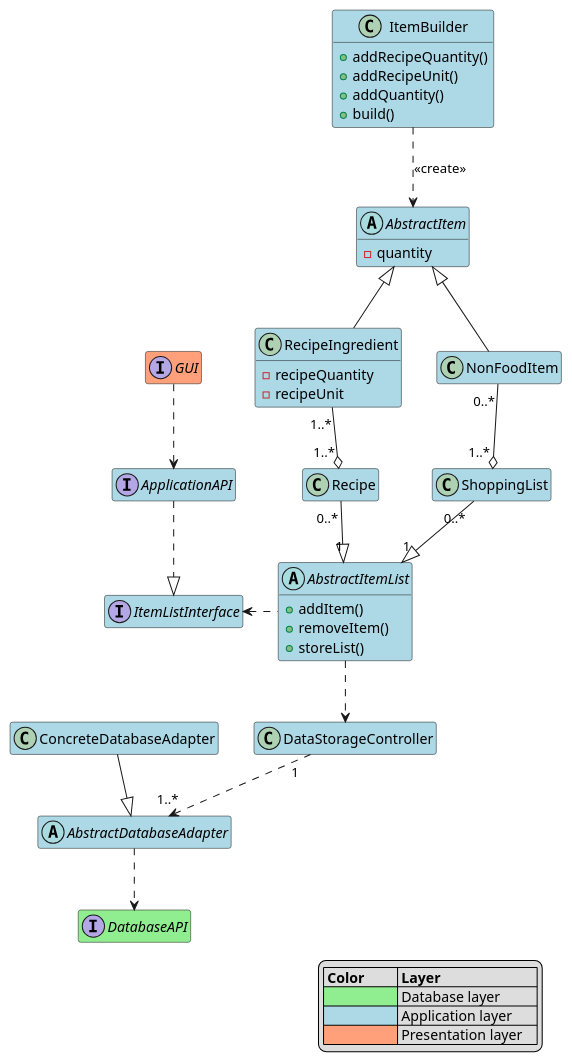
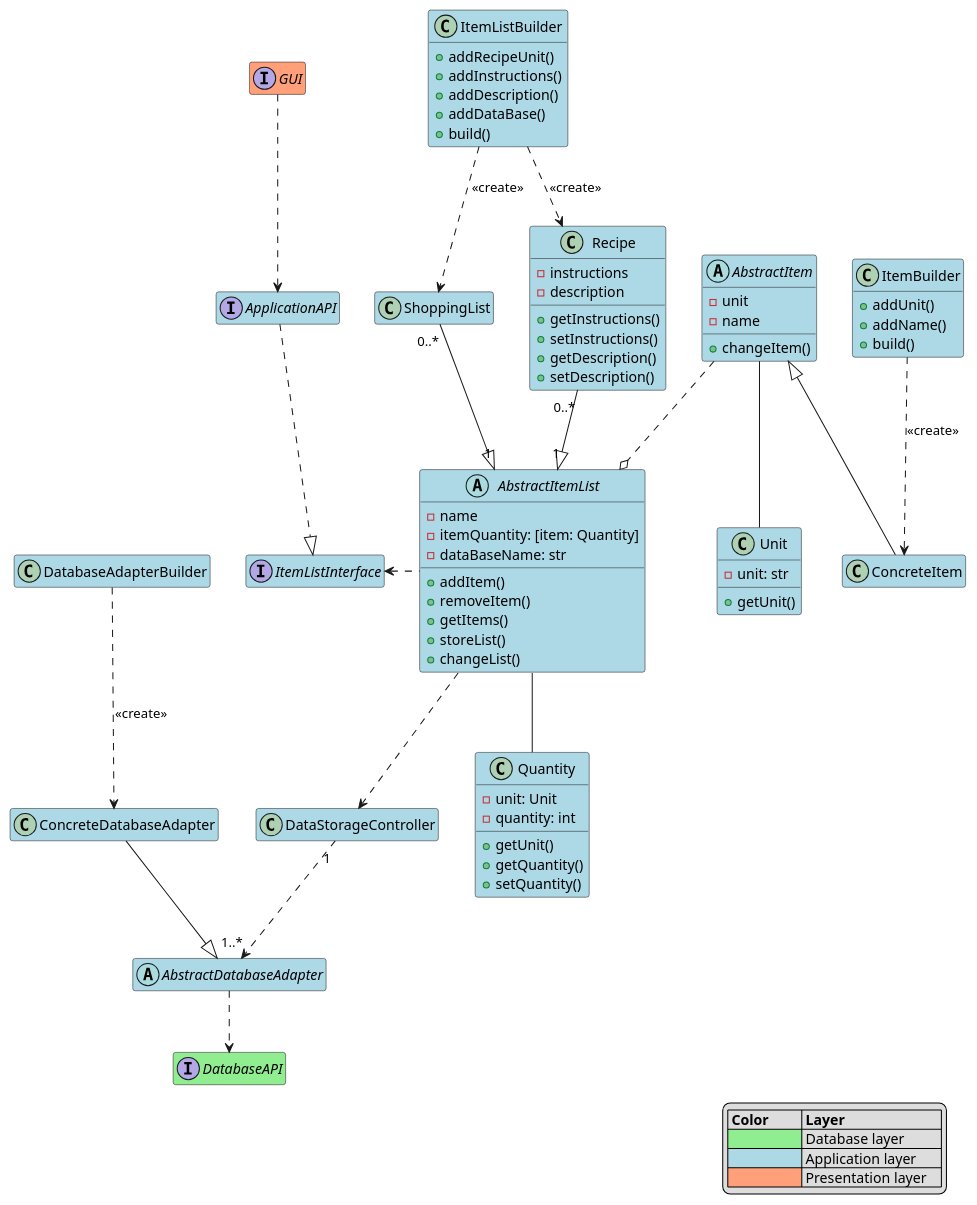
Before and after one commit to Uhgtred/Recipe_Shopping_List: the diagram in Architecture/BlackBoxViewApplication.puml, drawn with PlantUML.

```diff
--- a/Architecture/BlackBoxViewApplication.puml
+++ b/Architecture/BlackBoxViewApplication.puml
@@ -1,69 +1,104 @@
 @startuml
 hide empty members
 
 
 interface DatabaseAPI #lightgreen
 
 
 interface GUI #lightsalmon
 GUI ..> ApplicationAPI
 
 
 interface ItemListInterface #lightblue
 
+class ItemListBuilder #lightblue{
+    + addRecipeUnit()
+    + addInstructions()
+    + addDescription()
+    + addDataBase()
+    + build()
+}
+ItemListBuilder ..> Recipe: <<create>>
+ItemListBuilder ..> ShoppingList: <<create>>
+
 class ItemBuilder #lightblue{
-   + addRecipeQuantity()
-   + addRecipeUnit()
-   + addQuantity()
+   + addUnit()
+   + addName()
    + build()
 }
-ItemBuilder ..> AbstractItem: <<create>>
+ItemBuilder ..> ConcreteItem: <<create>>
 
 abstract class AbstractItem #lightblue{
-   - quantity
+   - unit
+   - name
+   + changeItem()
 }
+AbstractItem ..o AbstractItemList
+AbstractItem -- Unit
 
 abstract class AbstractDatabaseAdapter #lightblue
 AbstractDatabaseAdapter ..> DatabaseAPI
 
 class ConcreteDatabaseAdapter #lightblue
 ConcreteDatabaseAdapter --|> AbstractDatabaseAdapter
+
+class DatabaseAdapterBuilder #lightblue
+DatabaseAdapterBuilder ..> ConcreteDatabaseAdapter: <<create>>
 
 class DataStorageController #lightblue
 DataStorageController "1" ..> "1..*" AbstractDatabaseAdapter
 
 interface ApplicationAPI #lightblue
 ApplicationAPI ..|> ItemListInterface
 
 class ShoppingList #lightblue
 ShoppingList "0..*" --|> "1" AbstractItemList
 
-class Recipe #lightblue
+class Recipe #lightblue {
+    - instructions
+    - description
+    + getInstructions()
+    + setInstructions()
+    + getDescription()
+    + setDescription()
+}
 Recipe "0..*" --|> "1" AbstractItemList
 
 abstract class AbstractItemList #lightblue{
+   - name
+   - itemQuantity: [item: Quantity]
+   - dataBaseName: str
    + addItem()
    + removeItem()
+   + getItems()
    + storeList()
+   + changeList()
 }
 AbstractItemList ..> DataStorageController
 AbstractItemList .l.> ItemListInterface
+AbstractItemList -- Quantity
 
-class RecipeIngredient #lightblue {
-   - recipeQuantity
-   - recipeUnit
+class ConcreteItem #lightblue
+'NonFoodItem "0..*"--o "1..*" ShoppingList
+ConcreteItem -u-|> AbstractItem
+
+class Quantity #lightblue{
+    - unit: Unit
+    - quantity: int
+    + getUnit()
+    + getQuantity()
+    + setQuantity()
 }
-RecipeIngredient "1..*" --o "1..*" Recipe
-RecipeIngredient -u-|> AbstractItem
 
-class NonFoodItem #lightblue
-NonFoodItem "0..*"--o "1..*" ShoppingList
-NonFoodItem -u-|> AbstractItem
+class Unit #lightblue{
+    - unit: str
+    + getUnit()
+}
 
 legend bottom right
 | **Color**         | **Layer**             |
 | <#lightgreen>     | Database layer        |
 | <#lightblue>      | Application layer     |
 | <#lightsalmon>    | Presentation layer    |
 end legend
 @enduml
```
